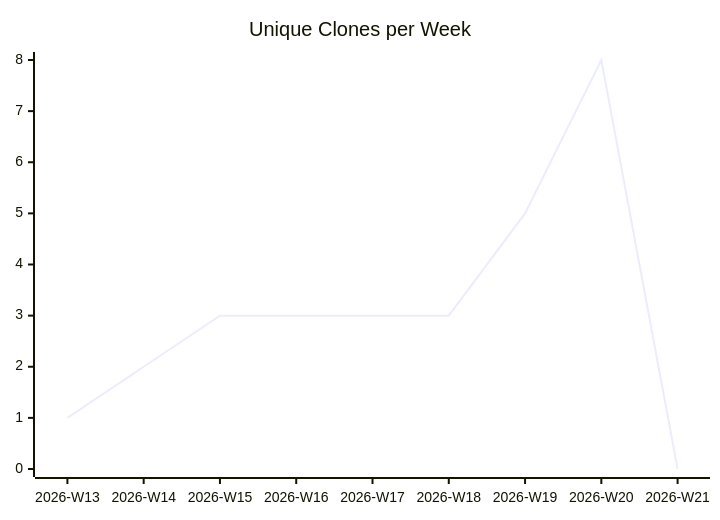
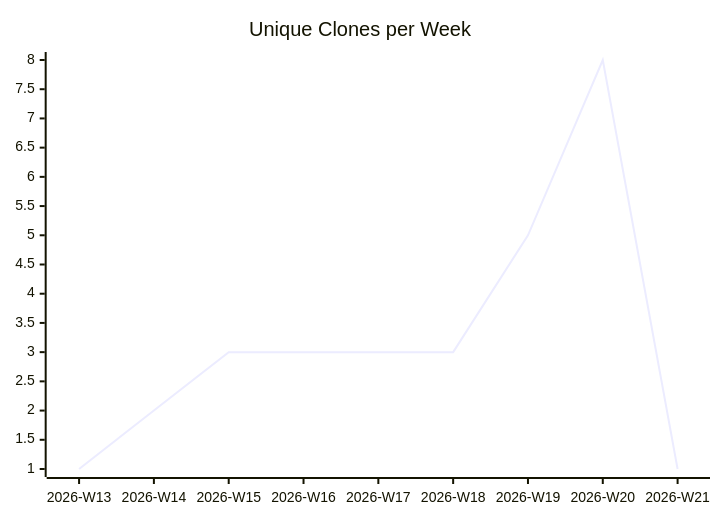
Before and after one commit to justdavis-family/github-analytics-data: the third of 3 diagrams in karlmdavis/xmlpull/README.md, drawn with Mermaid. The commit also changed other lines of this file and 187 other files, not shown here.

````diff
--- a/karlmdavis/xmlpull/README.md
+++ b/karlmdavis/xmlpull/README.md
@@ -19,6 +19,6 @@
 ```mermaid
 xychart-beta
   title "Unique Clones per Week"
   x-axis ["2026-W13", "2026-W14", "2026-W15", "2026-W16", "2026-W17", "2026-W18", "2026-W19", "2026-W20", "2026-W21"]
-  line [1, 2, 3, 3, 3, 3, 5, 8, 0]
+  line [1, 2, 3, 3, 3, 3, 5, 8, 1]
 ```
````
